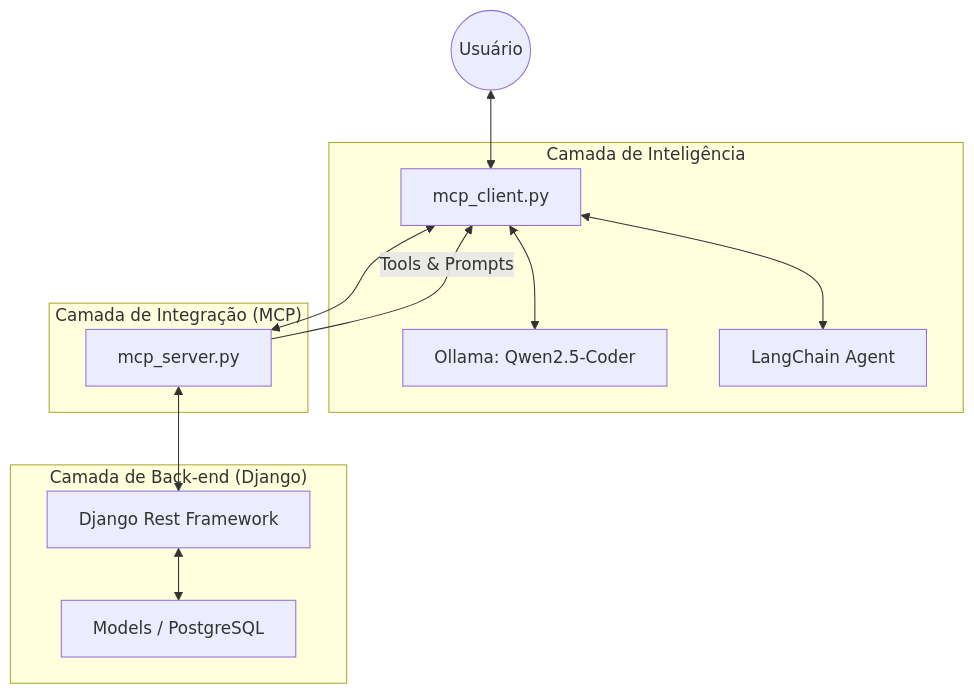
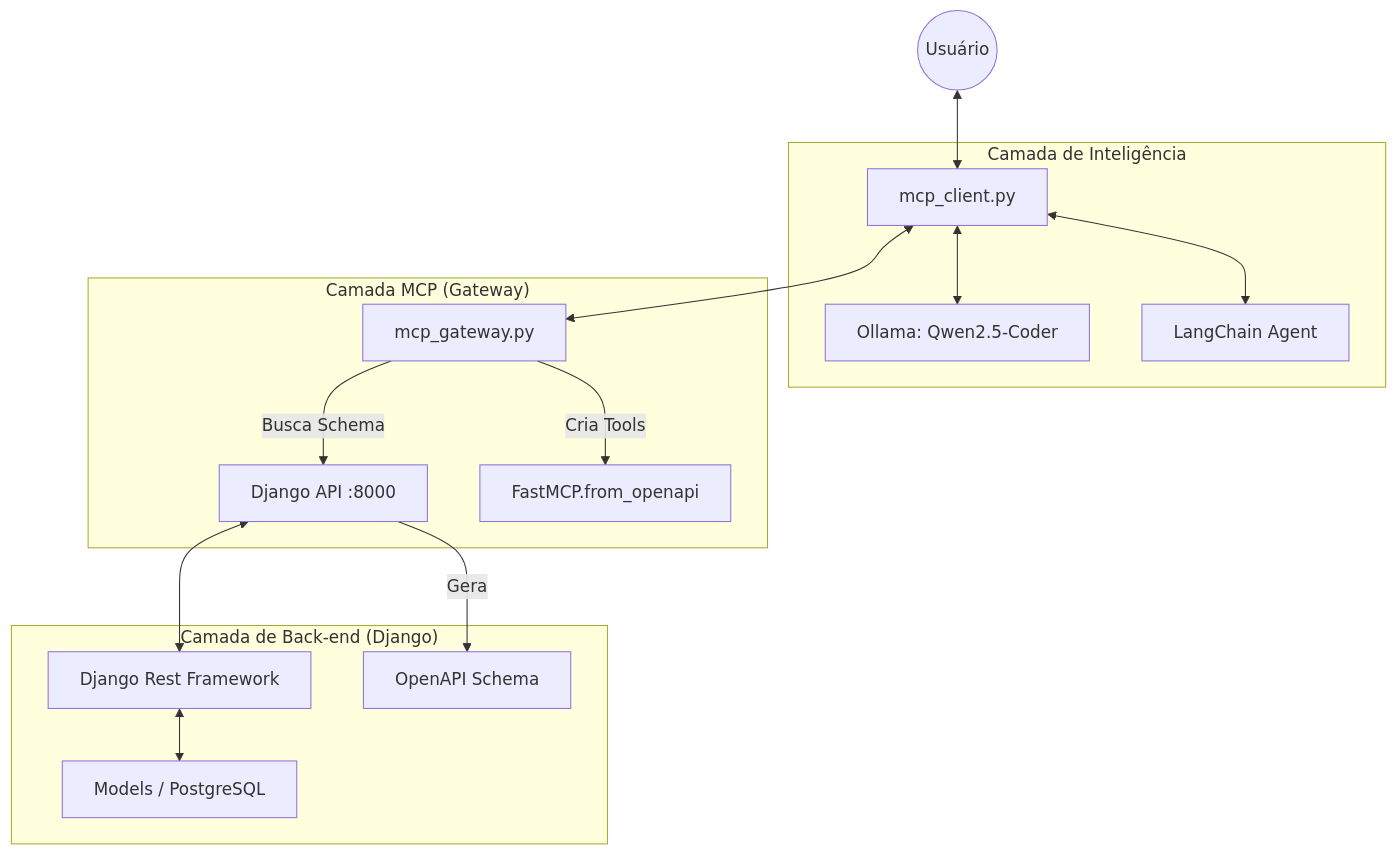
Before and after one commit to gilsonrusso/mcp-django-drf-mongodb: the diagram in APRENDIZADO.md, drawn with Mermaid. The commit also changed other lines of this file and 20 other files, not shown here.

First line of the commit message:
feat: implement OpenAPI architecture and add Project endpoints

````diff
--- a/APRENDIZADO.md
+++ b/APRENDIZADO.md
@@ -7,19 +7,22 @@
 ```mermaid
 graph TD
     User((Usuário)) <--> Client[mcp_client.py]
 
     subgraph "Camada de Inteligência"
         Client <--> LLM[Ollama: Qwen2.5-Coder]
         Client <--> LangChain[LangChain Agent]
     end
 
-    subgraph "Camada de Integração (MCP)"
-        Client <--> Server[mcp_server.py]
-        Server -- "Tools & Prompts" --> Client
+    subgraph "Camada MCP (Gateway)"
+        Client <--> Gateway[mcp_gateway.py]
+        Gateway -- "Busca Schema" --> Django
+        Gateway -- "Cria Tools" --> FastMCP[FastMCP.from_openapi]
     end
 
     subgraph "Camada de Back-end (Django)"
-        Server <--> API[Django Rest Framework]
-        API <--> Models[Models / PostgreSQL]
+        Django[Django API :8000]
+        Django <--> DRF[Django Rest Framework]
+        DRF <--> Models[Models / PostgreSQL]
+        Django -- "Gera" --> OpenAPI[OpenAPI Schema]
     end
 ```
````
